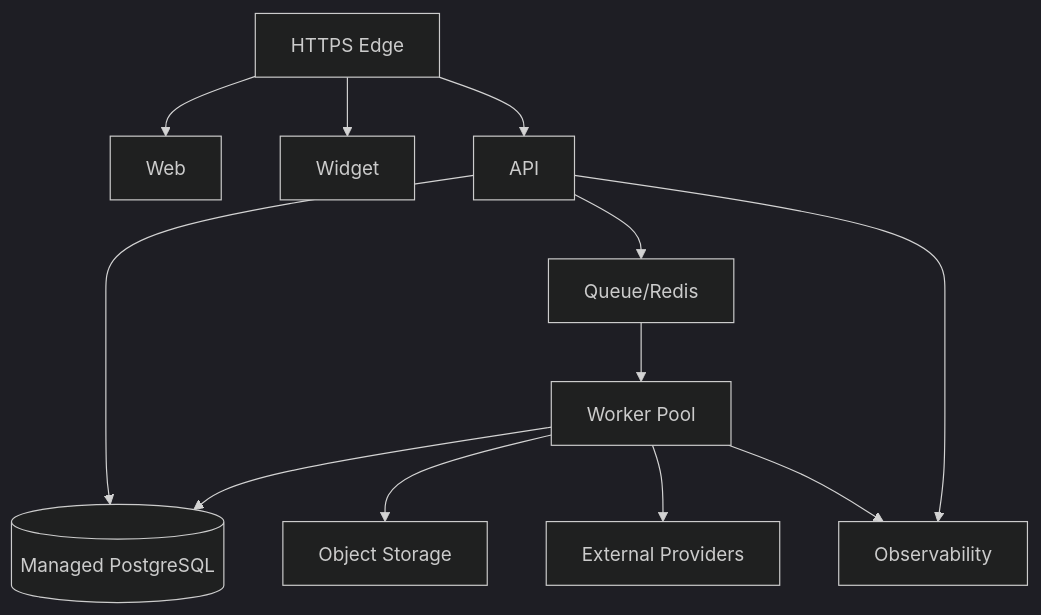
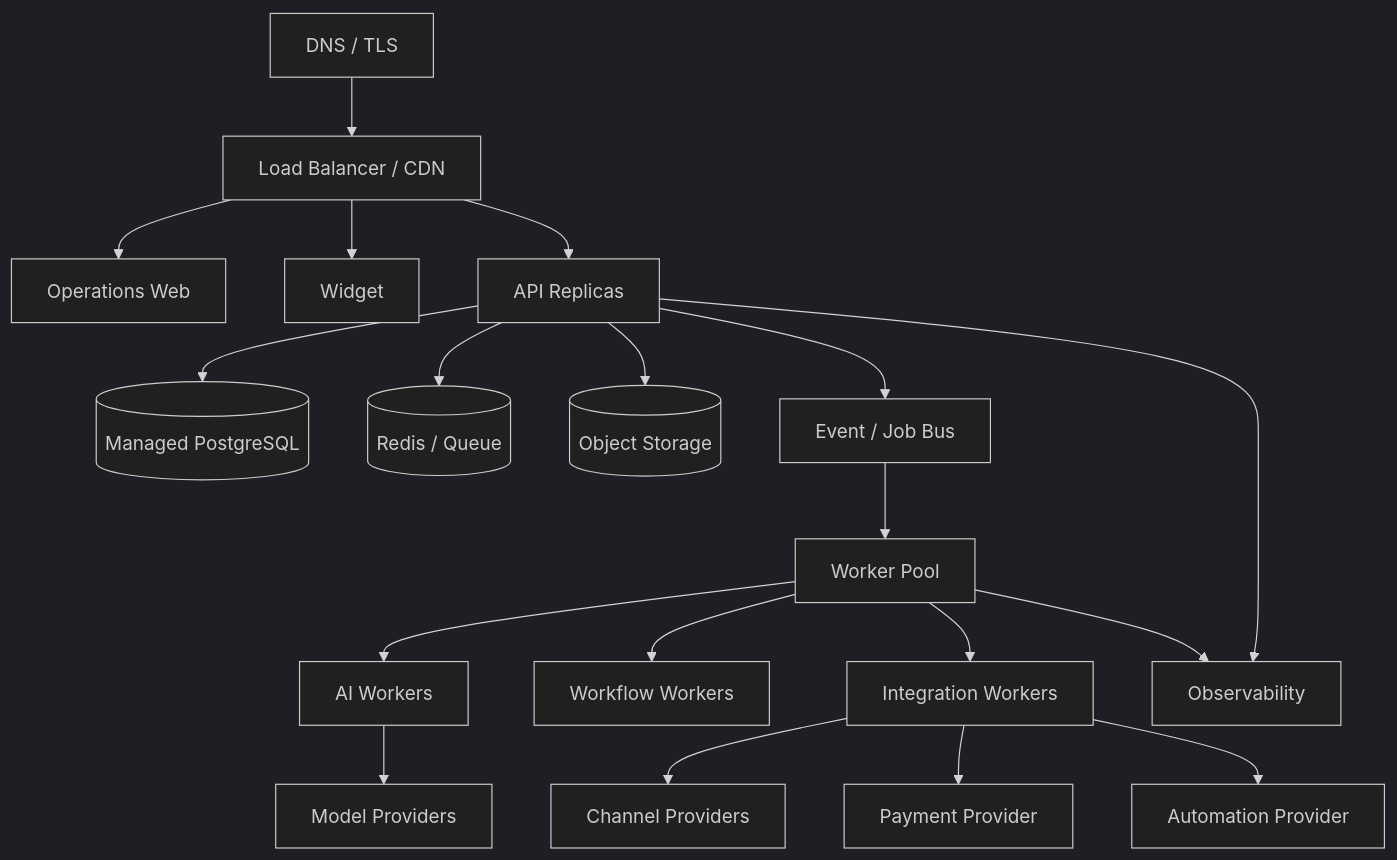
One commit to D-engahmed/OMILINKS changed the diagram in docs/architecture/deployment-architecture.md. Above: the diagram before and after it, drawn with Mermaid (dark theme). The commit also changed other lines of this file and 4 other files, not shown here.

Commit message:
docs: deepen high level low level deployment network and event architecture

````diff
--- a/docs/architecture/deployment-architecture.md
+++ b/docs/architecture/deployment-architecture.md
@@ -31,14 +17,25 @@
-```mermaid
+~~~mermaid
 flowchart TB
-EDGE[HTTPS Edge] --> WEB[Web]
+DNS[DNS / TLS] --> EDGE[Load Balancer / CDN]
+EDGE --> WEB[Operations Web]
 EDGE --> WIDGET[Widget]
-EDGE --> API[API]
-API --> PG[(Managed PostgreSQL)]
-API --> Q[Queue/Redis]
-Q --> WORK[Worker Pool]
-WORK --> PG
-WORK --> STORE[Object Storage]
-WORK --> PROVIDERS[External Providers]
+EDGE --> API[API Replicas]
+
+API --> DB[(Managed PostgreSQL)]
+API --> CACHE[(Redis / Queue)]
+API --> STORE[(Object Storage)]
+API --> BUS[Event / Job Bus]
+
+BUS --> WORK[Worker Pool]
+WORK --> AI[AI Workers]
+WORK --> WF[Workflow Workers]
+WORK --> INT[Integration Workers]
+
+AI --> MODELS[Model Providers]
+INT --> CHANNELS[Channel Providers]
+INT --> PAY[Payment Provider]
+INT --> N8N[Automation Provider]
+
 API --> OBS[Observability]
 WORK --> OBS
-```
+~~~
````
